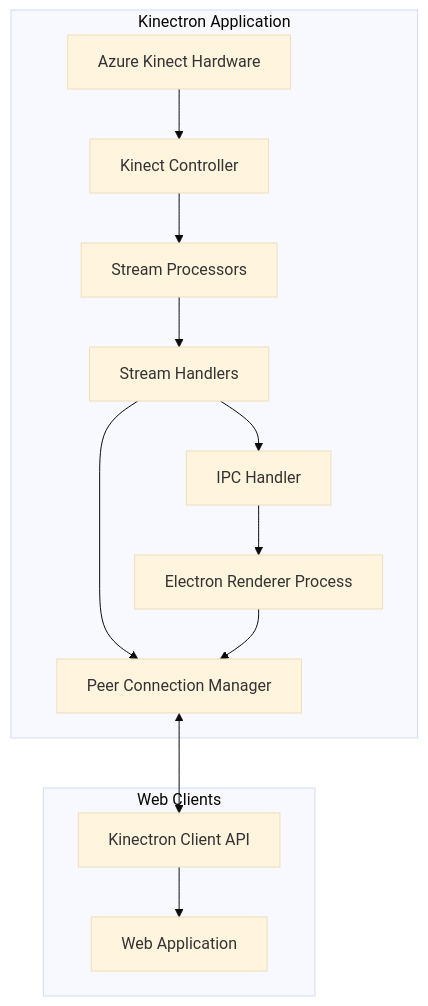
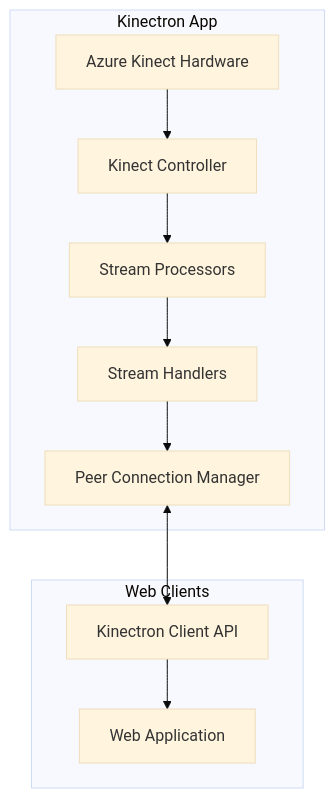
One commit to kinectron/kinectron changed the first of 3 diagrams in memory-bank/systemPatterns.md. Above: the diagram before and after it, drawn with Mermaid (base theme). The commit also changed other lines of this file and 14 other files, not shown here.

````diff
--- a/memory-bank/systemPatterns.md
+++ b/memory-bank/systemPatterns.md
@@ -7,29 +7,17 @@
 ```mermaid
 flowchart TD
-    subgraph "Kinectron Application"
+    subgraph "Kinectron App"
         KinectHW[Azure Kinect Hardware]
         KinectController[Kinect Controller]
         Processors[Stream Processors]
         Handlers[Stream Handlers]
         PeerManager[Peer Connection Manager]
-        IpcHandler[IPC Handler]
-        Renderer[Electron Renderer Process]
-
-        KinectHW --> KinectController
-        KinectController --> Processors
-        Processors --> Handlers
-        Handlers --> PeerManager
-        Handlers --> IpcHandler
-        IpcHandler --> Renderer
-        Renderer --> PeerManager
     end
 
     subgraph "Web Clients"
         ClientAPI[Kinectron Client API]
         WebApp[Web Application]
-
-        ClientAPI --> WebApp
     end
 
-    PeerManager <--> ClientAPI
+    KinectHW --> KinectController --> Processors --> Handlers --> PeerManager <--> ClientAPI --> WebApp
 ```
````
